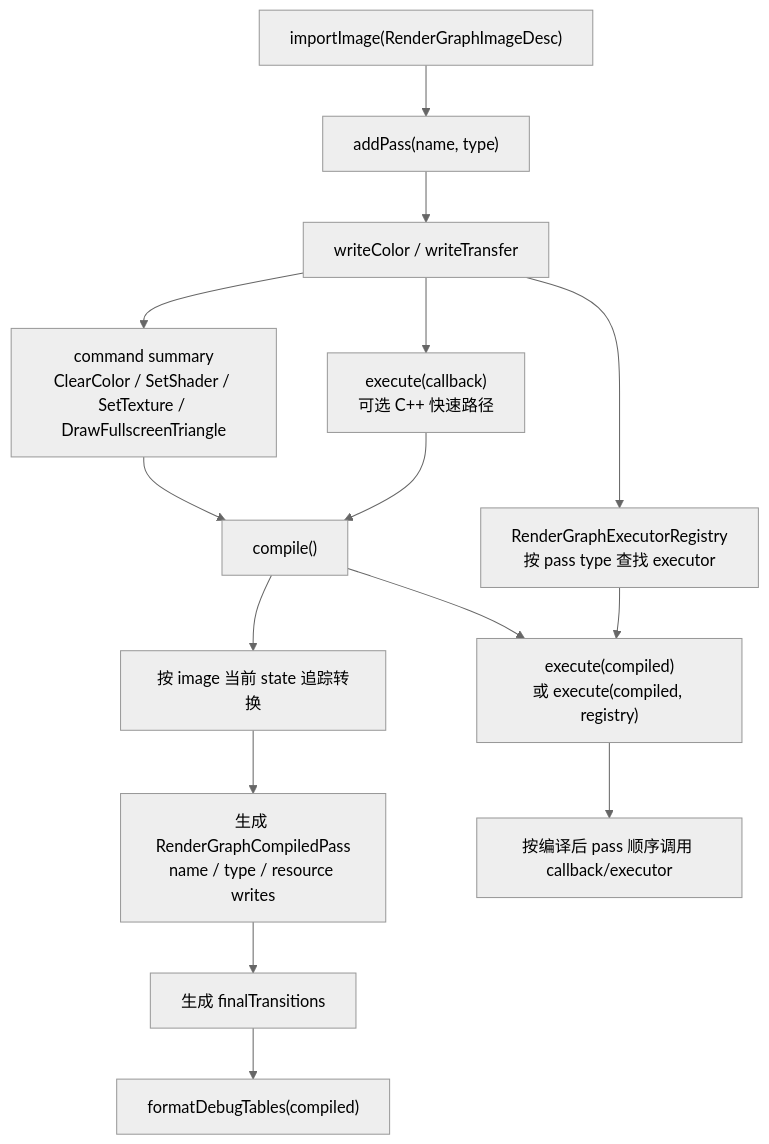
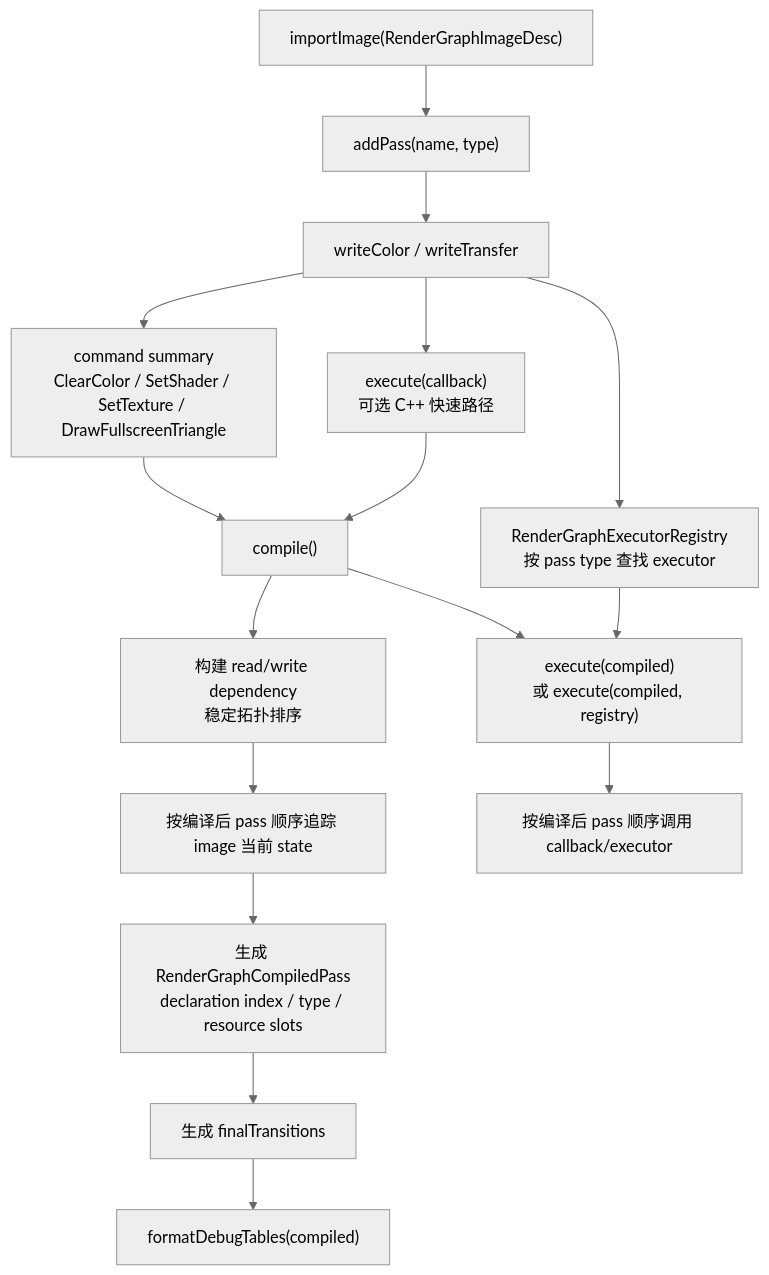
One commit to 66six11/Engine changed diagram 11 of 14 in docs/flow-architecture.md. Above: the diagram before and after it, drawn with Mermaid (neutral theme). The commit also changed other lines of this file and 5 other files, not shown here.

````diff
--- a/docs/flow-architecture.md
+++ b/docs/flow-architecture.md
@@ -441,25 +441,26 @@
 ```mermaid
 flowchart TD
     Import["importImage(RenderGraphImageDesc)"]
     AddPass["addPass(name, type)"]
     Writes["writeColor / writeTransfer"]
     Callback["execute(callback)<br/>可选 C++ 快速路径"]
     Commands["command summary<br/>ClearColor / SetShader / SetTexture / DrawFullscreenTriangle"]
     Registry["RenderGraphExecutorRegistry<br/>按 pass type 查找 executor"]
     Compile["compile()"]
-    Track["按 image 当前 state 追踪转换"]
-    PassPlan["生成 RenderGraphCompiledPass<br/>name / type / resource writes"]
+    Dependencies["构建 read/write dependency<br/>稳定拓扑排序"]
+    Track["按编译后 pass 顺序追踪 image 当前 state"]
+    PassPlan["生成 RenderGraphCompiledPass<br/>declaration index / type / resource slots"]
     Final["生成 finalTransitions"]
     DebugTables["formatDebugTables(compiled)"]
     Execute["execute(compiled)<br/>或 execute(compiled, registry)"]
     Callbacks["按编译后 pass 顺序调用 callback/executor"]
 
     Import --> AddPass --> Writes --> Commands
     Writes --> Callback
     Writes --> Registry
     Commands --> Compile
-    Callback --> Compile --> Track --> PassPlan --> Final
+    Callback --> Compile --> Dependencies --> Track --> PassPlan --> Final
     Final --> DebugTables
     Compile --> Execute
     Registry --> Execute --> Callbacks
 ```
````
